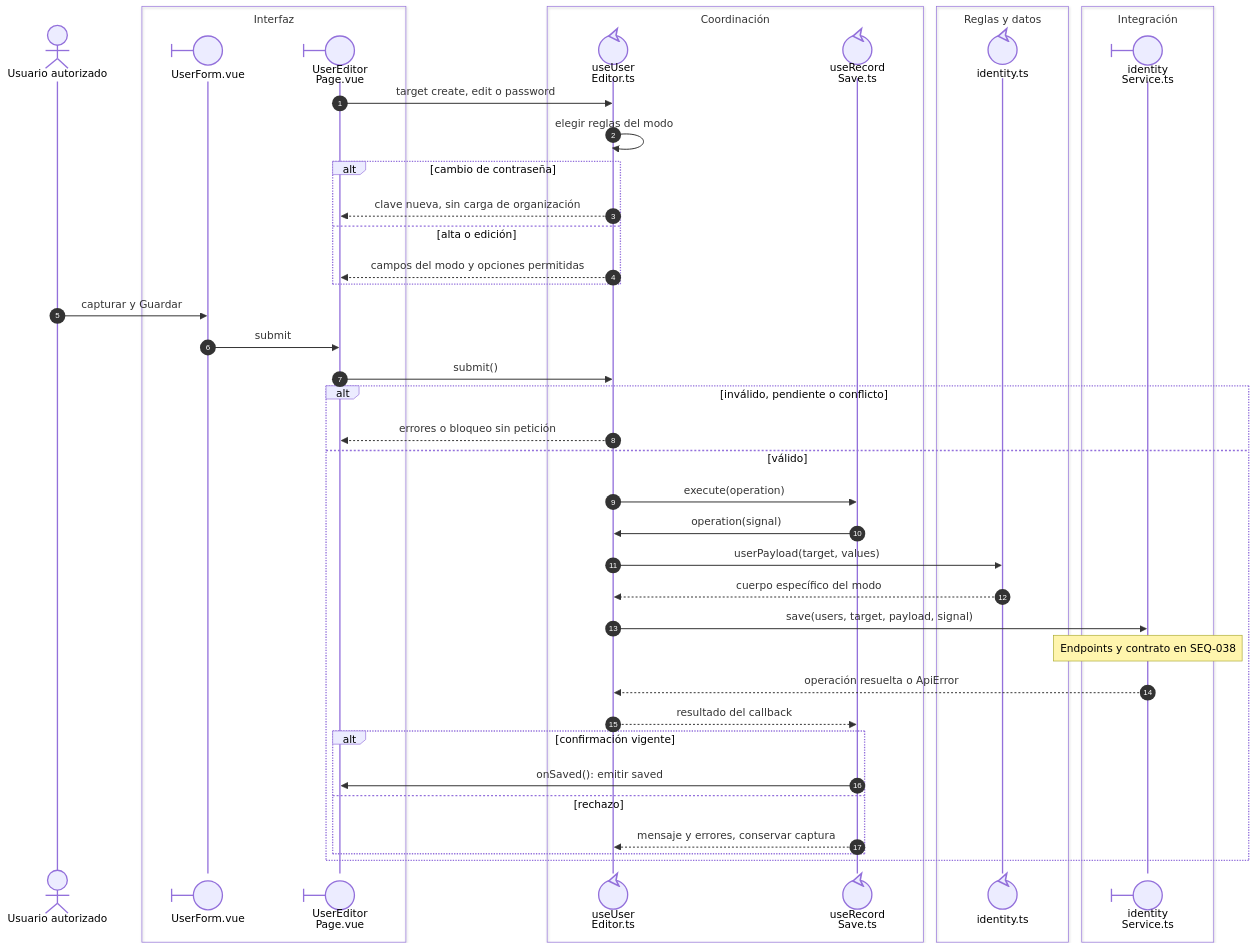
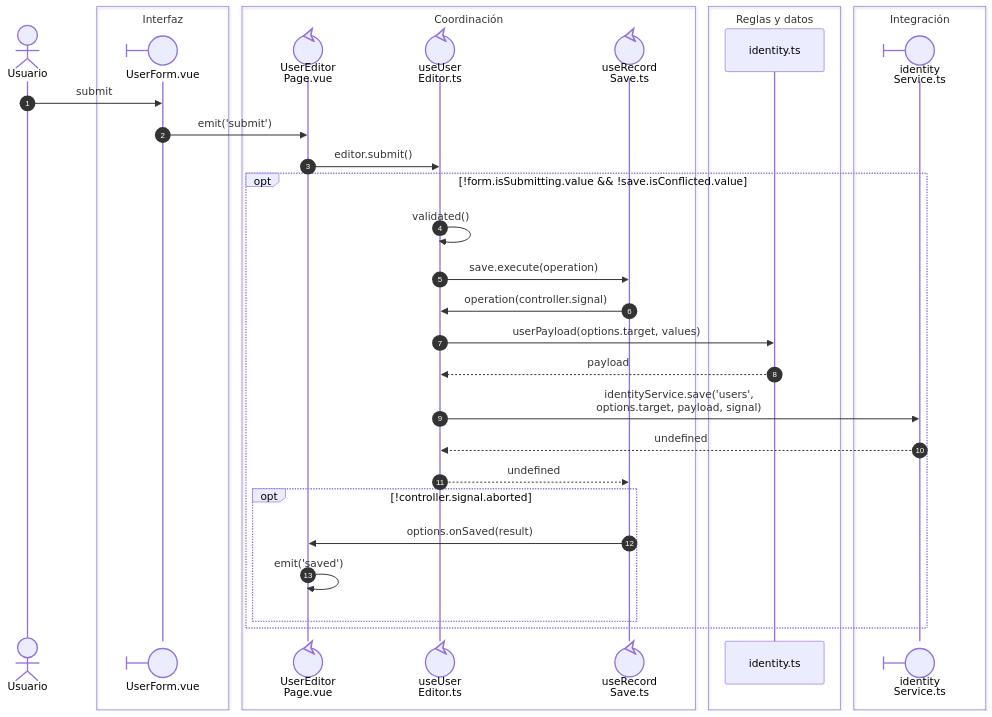
Before and after one commit to gpgsistemas01/nexus: the diagram in front/docs/architecture/views/processes/04-identity/02-user-account.md, drawn with Mermaid. The commit also changed other lines of this file and 43 other files, not shown here.

````diff
--- a/front/docs/architecture/views/processes/04-identity/02-user-account.md
+++ b/front/docs/architecture/views/processes/04-identity/02-user-account.md
@@ -13,46 +9,36 @@
 ```mermaid
 sequenceDiagram
     autonumber
-    actor U as Usuario autorizado
+    actor U as Usuario
     box Interfaz
     participant Form@{ "type": "boundary" } as UserForm.vue
-    participant Page@{ "type": "boundary" } as UserEditor<br/>Page.vue
     end
     box Coordinación
+    participant Page@{ "type": "control" } as UserEditor<br/>Page.vue
     participant Editor@{ "type": "control" } as useUser<br/>Editor.ts
     participant Save@{ "type": "control" } as useRecord<br/>Save.ts
     end
     box Reglas y datos
-    participant Payload@{ "type": "control" } as identity.ts
+    participant Payload as identity.ts
     end
     box Integración
     participant Service@{ "type": "boundary" } as identity<br/>Service.ts
     end
-    Page->>Editor: target create, edit o password
-    Editor->>Editor: elegir reglas del modo
-    alt cambio de contraseña
-        Editor-->>Page: clave nueva, sin carga de organización
-    else alta o edición
-        Editor-->>Page: campos del modo y opciones permitidas
-    end
-    U->>Form: capturar y Guardar
-    Form->>Page: submit
-    Page->>Editor: submit()
-    alt inválido, pendiente o conflicto
-        Editor-->>Page: errores o bloqueo sin petición
-    else válido
-        Editor->>Save: execute(operation)
-        Save->>Editor: operation(signal)
-        Editor->>Payload: userPayload(target, values)
-        Payload-->>Editor: cuerpo específico del modo
-        Editor->>Service: save(users, target, payload, signal)
-        Note over Service: Endpoints y contrato en SEQ-038
-        Service-->>Editor: operación resuelta o ApiError
-        Editor-->>Save: resultado del callback
-        alt confirmación vigente
-            Save->>Page: onSaved(): emitir saved
-        else rechazo
-            Save-->>Editor: mensaje y errores, conservar captura
+    U->>Form: nowrap: submit
+    Form->>Page: nowrap: emit('submit')
+    Page->>Editor: nowrap: editor.submit()
+    opt nowrap: !form.isSubmitting.value && !save.isConflicted.value
+        Editor->>Editor: nowrap: validated()
+        Editor->>Save: nowrap: save.execute(operation)
+        Save->>Editor: nowrap: operation(controller.signal)
+        Editor->>Payload: nowrap: userPayload(options.target, values)
+        Payload-->>Editor: nowrap: payload
+        Editor->>Service: nowrap: identityService.save('users',<br/>options.target, payload, signal)
+        Service-->>Editor: nowrap: undefined
+        Editor-->>Save: nowrap: undefined
+        opt nowrap: !controller.signal.aborted
+            Save->>Page: nowrap: options.onSaved(result)
+            Page->>Page: nowrap: emit('saved')
         end
     end
 ```
````
